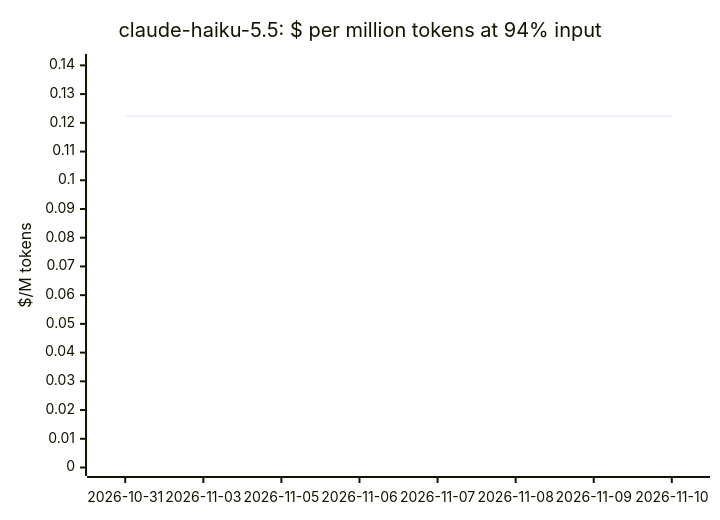
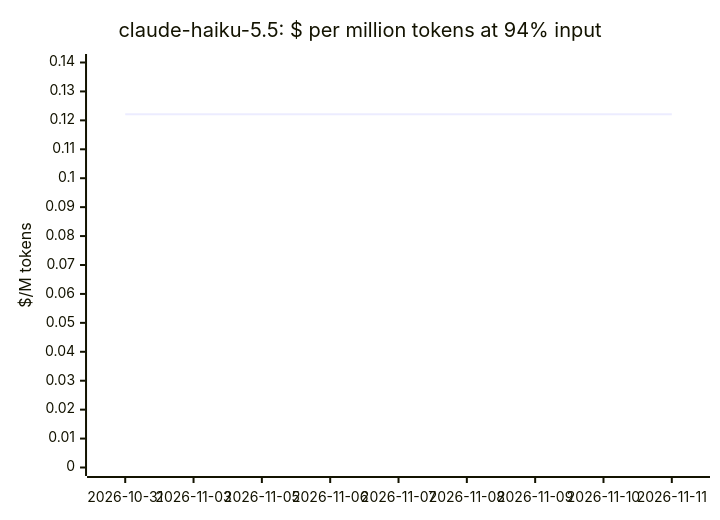
Before and after one commit to cklukas/OMEGA_TRANSFORM: the fifth of 19 diagrams in docs/openrouter-models.md, drawn with Mermaid. The commit also changed other lines of this file and 43 other files, not shown here.

````diff
--- a/docs/openrouter-models.md
+++ b/docs/openrouter-models.md
@@ -174,7 +174,7 @@
 ```mermaid
 xychart-beta
     title "claude-haiku-5.5: $ per million tokens at 94% input"
-    x-axis ["2026-10-31", "2026-11-03", "2026-11-05", "2026-11-06", "2026-11-07", "2026-11-08", "2026-11-09", "2026-11-10"]
-    y-axis "$/M tokens" 0 --> 0.141
-    line [0.1223, 0.1223, 0.1223, 0.1223, 0.1223, 0.1223, 0.1223, 0.1223]
+    x-axis ["2026-10-31", "2026-11-03", "2026-11-05", "2026-11-06", "2026-11-07", "2026-11-08", "2026-11-09", "2026-11-10", "2026-11-11"]
+    y-axis "$/M tokens" 0 --> 0.14
+    line [0.1221, 0.1221, 0.1221, 0.1221, 0.1221, 0.1221, 0.1221, 0.1221, 0.1221]
 ```
````
